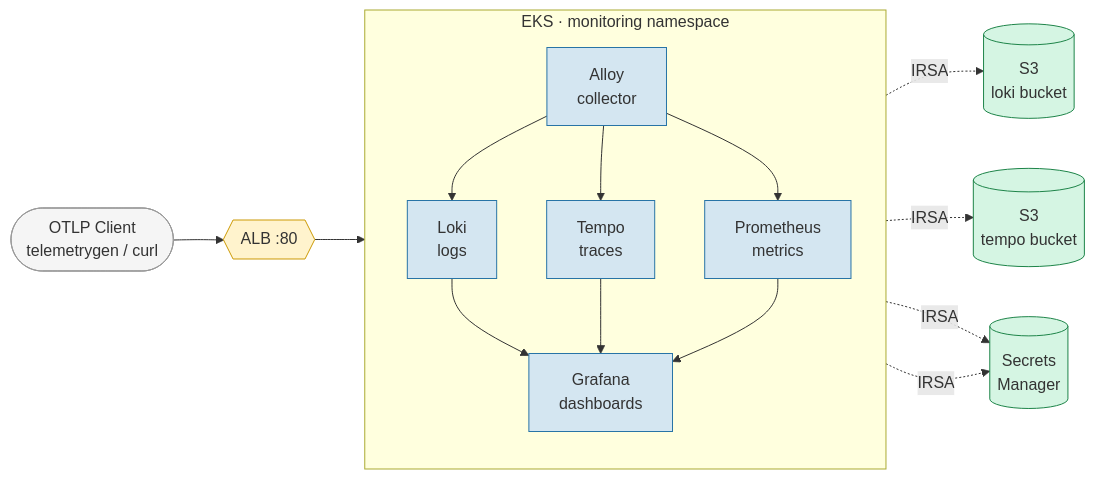
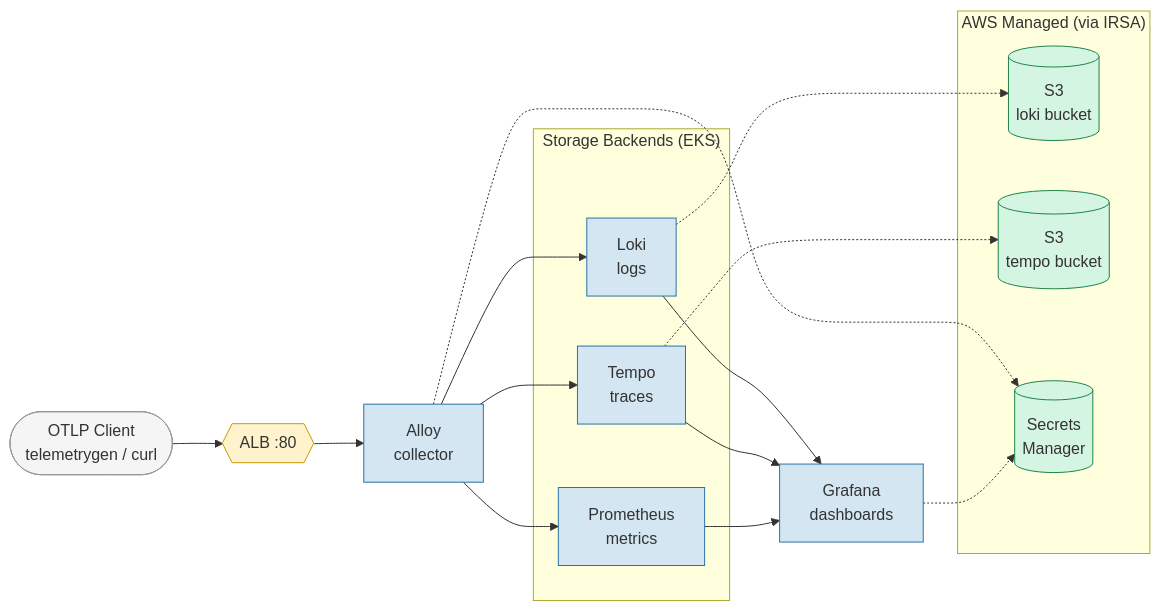
The diagram in observability/README.md (namhngo/Terraform-infra-setup), drawn with Mermaid before and after one commit. The commit also changed 1 other file, not shown here.

Commit message:
docs: rearrange diagram layouts for cleaner rendering
Rendered both diagrams with mermaid-cli to verify layout before committing.

observability/README.md:
- Remove mixed direction TB inside outer LR flowchart (was causing
  awkward internal layout)
- Group Loki/Tempo/Prometheus into 'Storage Backends' subgraph so they
  align as a clean parallel stage instead of floating individually
- Group S3 buckets + Secrets Manager into 'AWS Managed' subgraph on
  the right instead of scattered cylinders with crossing IRSA lines

notifications/README.md:
- Merge DLQ + SNS alarms + CloudWatch Logs into one 'Ops & Alerting'
  subgraph (previously CWLogs and SES floated with no grouping,
  causing clutter around Lambda's connections)
- Keeps State Tables (DynamoDB) as its own subgraph
- Reduces Lambda's fan-out to 3 clear destination zones instead of
  6+ scattered individual nodes

````diff
--- a/observability/README.md
+++ b/observability/README.md
@@ -16,37 +16,34 @@
 ```mermaid
 flowchart LR
     Client(["OTLP Client\ntelemetrygen / curl"]):::external
     ALB{{"ALB :80"}}:::edge
+    Alloy["Alloy\ncollector"]:::compute
+    Graf["Grafana\ndashboards"]:::compute
 
     Client --> ALB --> Alloy
 
-    subgraph cluster["EKS · monitoring namespace"]
-        direction TB
-        Alloy["Alloy\ncollector"]:::compute
+    subgraph backends["Storage Backends (EKS)"]
         Loki["Loki\nlogs"]:::compute
         Tempo["Tempo\ntraces"]:::compute
         Prom["Prometheus\nmetrics"]:::compute
-        Graf["Grafana\ndashboards"]:::compute
-
-        Alloy --> Loki
-        Alloy --> Tempo
-        Alloy --> Prom
-        Loki --> Graf
-        Tempo --> Graf
-        Prom --> Graf
     end
 
-    S3L[("S3\nloki bucket")]:::storage
-    S3T[("S3\ntempo bucket")]:::storage
-    Secrets[("Secrets\nManager")]:::storage
+    Alloy --> Loki & Tempo & Prom
+    Loki & Tempo & Prom --> Graf
 
-    Loki -. IRSA .-> S3L
-    Tempo -. IRSA .-> S3T
-    Alloy -. IRSA .-> Secrets
-    Graf -. IRSA .-> Secrets
+    subgraph aws["AWS Managed (via IRSA)"]
+        S3L[("S3\nloki bucket")]:::storage
+        S3T[("S3\ntempo bucket")]:::storage
+        Secrets[("Secrets\nManager")]:::storage
+    end
+
+    Loki -.-> S3L
+    Tempo -.-> S3T
+    Alloy -.-> Secrets
+    Graf -.-> Secrets
 
     classDef external fill:#f5f5f5,stroke:#999999,color:#333333
     classDef edge fill:#fff3cd,stroke:#cc9a06,color:#333333
     classDef compute fill:#d4e6f1,stroke:#2874a6,color:#333333
     classDef storage fill:#d5f5e3,stroke:#1e8449,color:#333333
 ```
````
